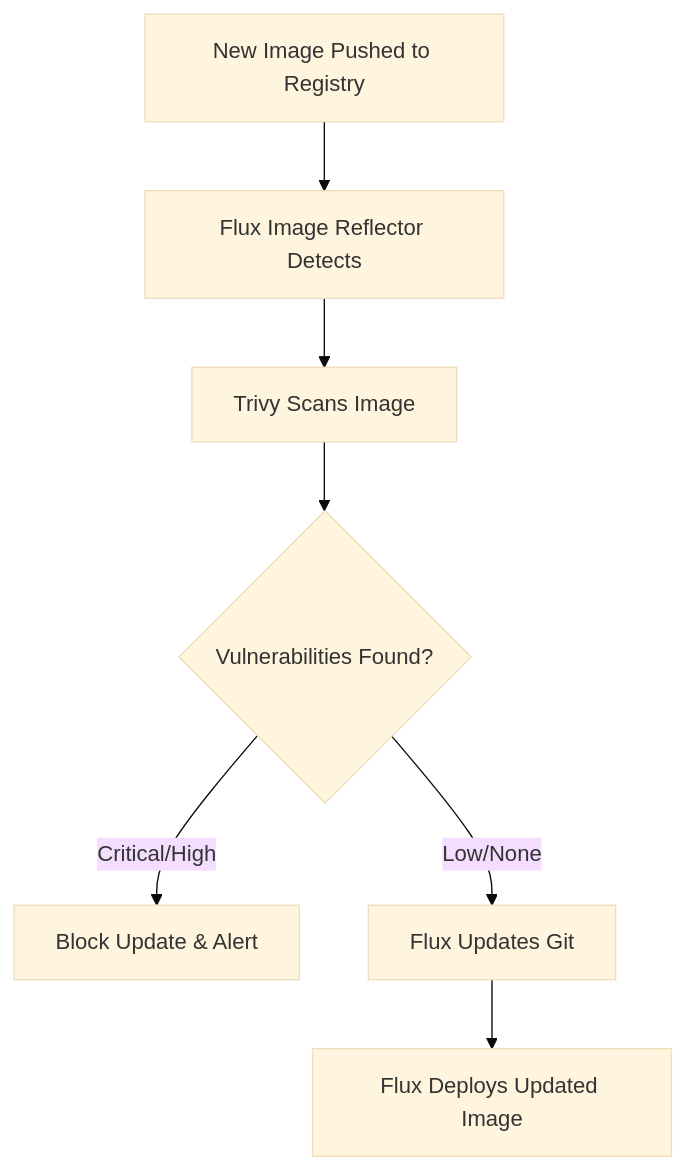
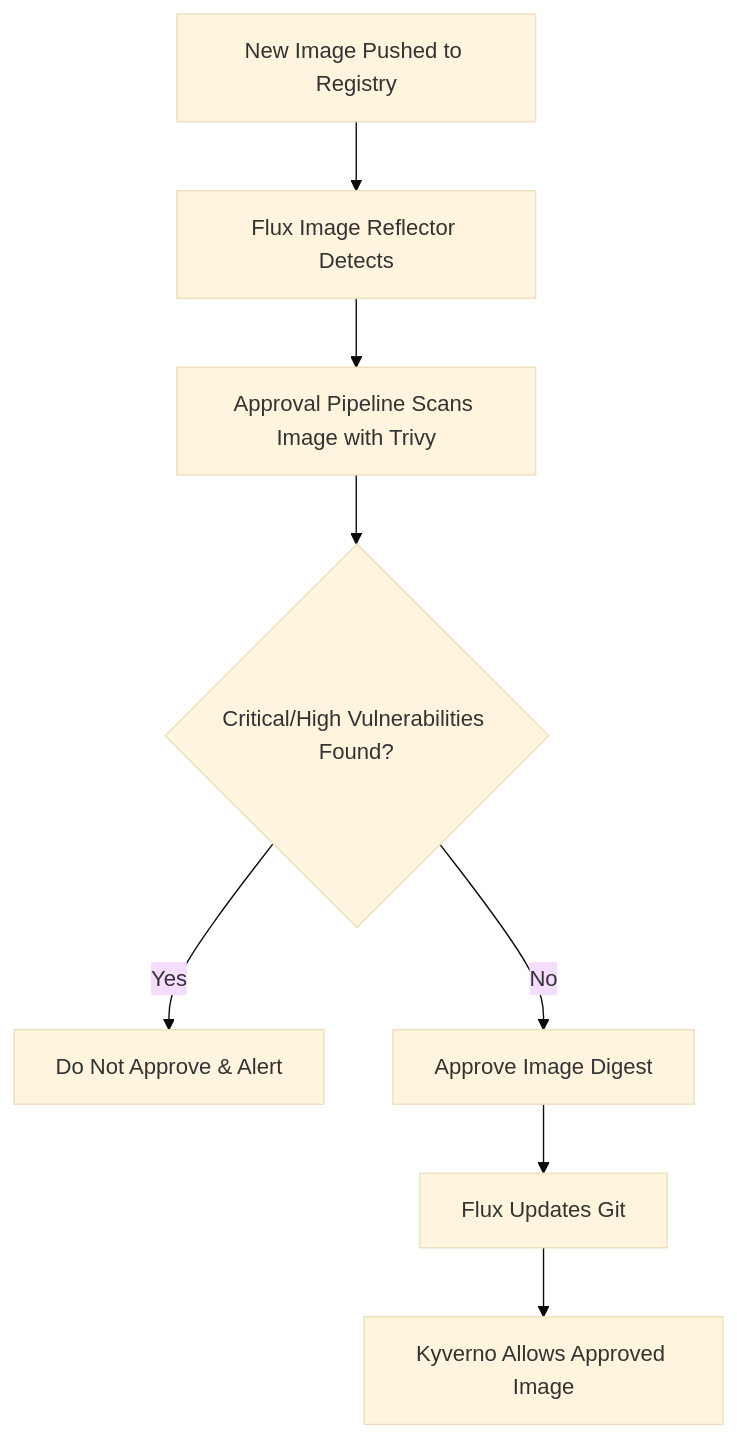
One commit to OneUptime/blog changed the diagram in posts/2026-03-06-implement-image-vulnerability-scanning-flux-cd/README.md. Above: the diagram before and after it, drawn with Mermaid (base theme). The commit also changed other lines of this file and 2 other files, not shown here.

Commit message:
validate: 2026-03-06-implement-image-vulnerability-scanning-flux-cd

````diff
--- a/posts/2026-03-06-implement-image-vulnerability-scanning-flux-cd/README.md
+++ b/posts/2026-03-06-implement-image-vulnerability-scanning-flux-cd/README.md
@@ -24,9 +24,10 @@
 ```mermaid
 graph TD
     A[New Image Pushed to Registry] --> B[Flux Image Reflector Detects]
-    B --> C[Trivy Scans Image]
-    C --> D{Vulnerabilities Found?}
-    D -->|Critical/High| E[Block Update & Alert]
-    D -->|Low/None| F[Flux Updates Git]
-    F --> G[Flux Deploys Updated Image]
+    B --> C[Approval Pipeline Scans Image with Trivy]
+    C --> D{Critical/High Vulnerabilities Found?}
+    D -->|Yes| E[Do Not Approve & Alert]
+    D -->|No| F[Approve Image Digest]
+    F --> G[Flux Updates Git]
+    G --> H[Kyverno Allows Approved Image]
 ```
````
